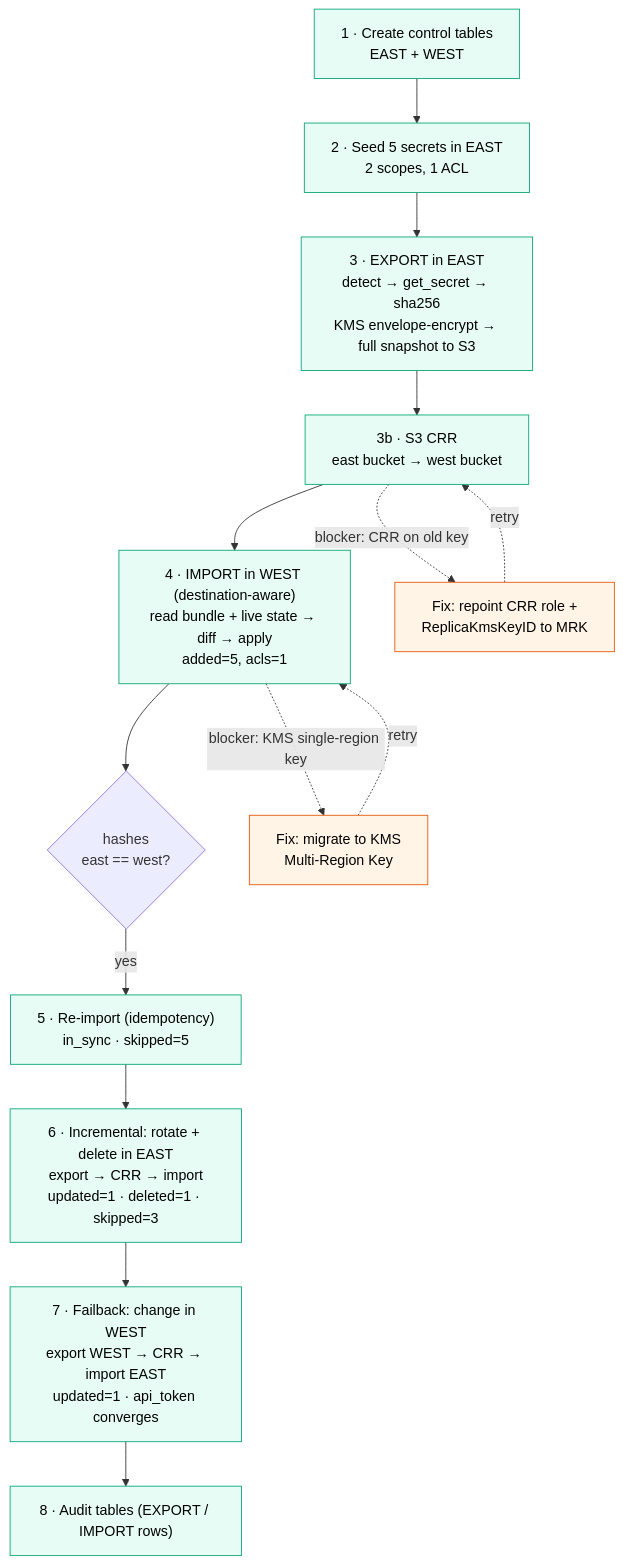
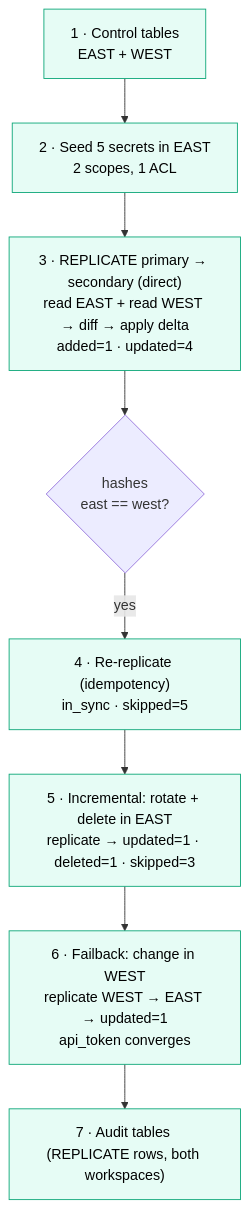
One commit to ankitad-db/disaster-recovery-poc changed the diagram in docs/secrets_dr_test_report.md. Above: the diagram before and after it, drawn with Mermaid. The commit also changed other lines of this file and 21 other files, not shown here.

````diff
--- a/docs/secrets_dr_test_report.md
+++ b/docs/secrets_dr_test_report.md
@@ -15,22 +21,13 @@
 ```mermaid
 flowchart TD
-    S1["1 · Create control tables<br/>EAST + WEST"] --> S2["2 · Seed 5 secrets in EAST<br/>2 scopes, 1 ACL"]
-    S2 --> S3["3 · EXPORT in EAST<br/>detect → get_secret → sha256<br/>KMS envelope-encrypt → full snapshot to S3"]
-    S3 --> S3b["3b · S3 CRR<br/>east bucket → west bucket"]
-    S3b --> S4["4 · IMPORT in WEST (destination-aware)<br/>read bundle + live state → diff → apply<br/>added=5, acls=1"]
-    S4 --> V1{"hashes<br/>east == west?"}
-    V1 -->|yes| S5["5 · Re-import (idempotency)<br/>in_sync · skipped=5"]
-    S5 --> S6["6 · Incremental: rotate + delete in EAST<br/>export → CRR → import<br/>updated=1 · deleted=1 · skipped=3"]
-    S6 --> S7["7 · Failback: change in WEST<br/>export WEST → CRR → import EAST<br/>updated=1 · api_token converges"]
-    S7 --> S8["8 · Audit tables (EXPORT / IMPORT rows)"]
-
-    S4 -. "blocker: KMS single-region key" .-> F1["Fix: migrate to KMS<br/>Multi-Region Key"]
-    F1 -. retry .-> S4
-    S3b -. "blocker: CRR on old key" .-> F2["Fix: repoint CRR role +<br/>ReplicaKmsKeyID to MRK"]
-    F2 -. retry .-> S3b
+    S1["1 · Control tables<br/>EAST + WEST"] --> S2["2 · Seed 5 secrets in EAST<br/>2 scopes, 1 ACL"]
+    S2 --> S3["3 · REPLICATE primary → secondary (direct)<br/>read EAST + read WEST → diff → apply delta<br/>added=1 · updated=4"]
+    S3 --> V1{"hashes<br/>east == west?"}
+    V1 -->|yes| S4["4 · Re-replicate (idempotency)<br/>in_sync · skipped=5"]
+    S4 --> S5["5 · Incremental: rotate + delete in EAST<br/>replicate → updated=1 · deleted=1 · skipped=3"]
+    S5 --> S6["6 · Failback: change in WEST<br/>replicate WEST → EAST → updated=1<br/>api_token converges"]
+    S6 --> S7["7 · Audit tables (REPLICATE rows, both workspaces)"]
 
     classDef ok fill:#e6fcf5,stroke:#0ca678,color:#000;
-    classDef fix fill:#fff4e6,stroke:#e8590c,color:#000;
-    class S1,S2,S3,S3b,S4,S5,S6,S7,S8 ok;
-    class F1,F2 fix;
+    class S1,S2,S3,S4,S5,S6,S7 ok;
 ```
````
